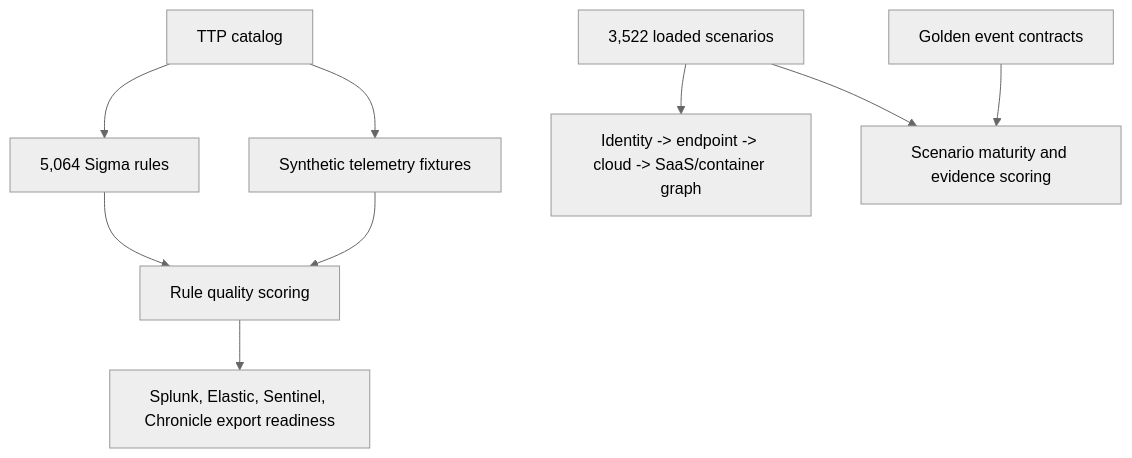
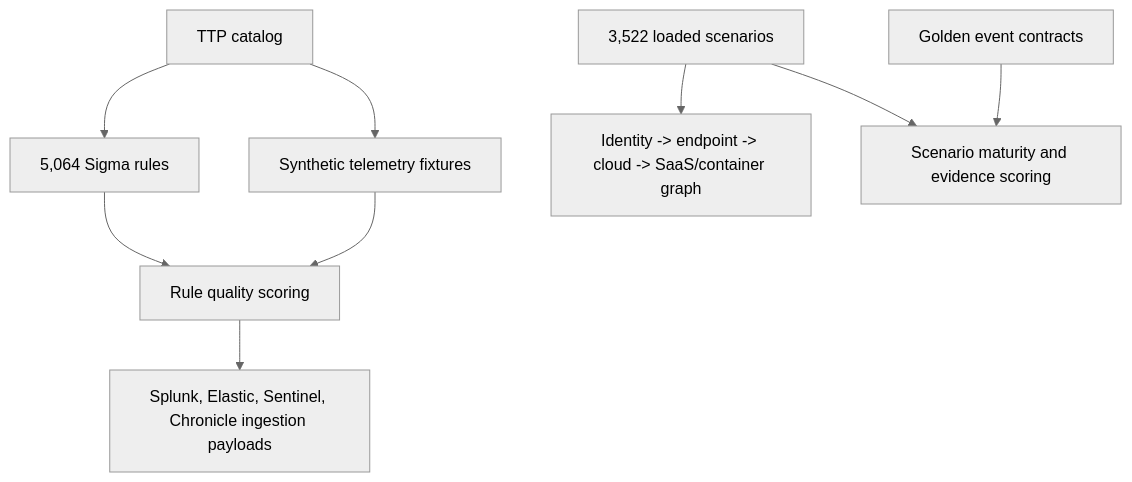
The fifth of 5 diagrams in README.md (omarbabba779xx/APT-Simulator), drawn with Mermaid (neutral theme) before and after one commit. The commit also changed other lines of this file and 33 other files, not shown here.

````diff
--- a/README.md
+++ b/README.md
@@ -119,11 +120,11 @@
 ```mermaid
 flowchart TD
     Catalog["TTP catalog"] --> Sigma["5,064 Sigma rules"]
     Catalog --> Events["Synthetic telemetry fixtures"]
     Sigma --> Workbench["Rule quality scoring"]
     Events --> Workbench
-    Workbench --> Targets["Splunk, Elastic, Sentinel, Chronicle export readiness"]
+    Workbench --> Targets["Splunk, Elastic, Sentinel, Chronicle ingestion payloads"]
     Scenarios["3,522 loaded scenarios"] --> Exposure["Identity -> endpoint -> cloud -> SaaS/container graph"]
     Scenarios --> Maturity["Scenario maturity and evidence scoring"]
     Evidence["Golden event contracts"] --> Maturity
 ```
````
